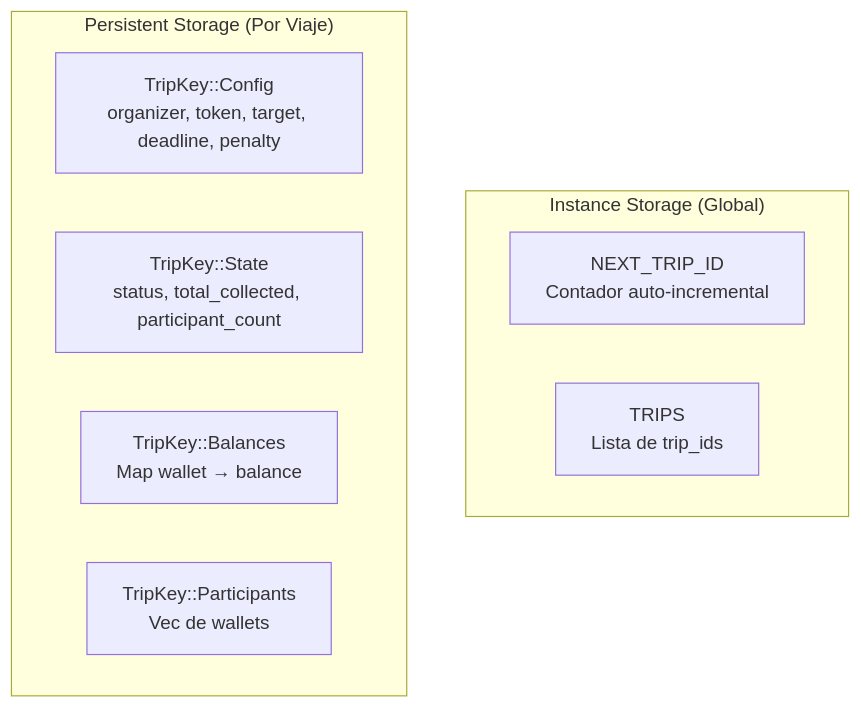
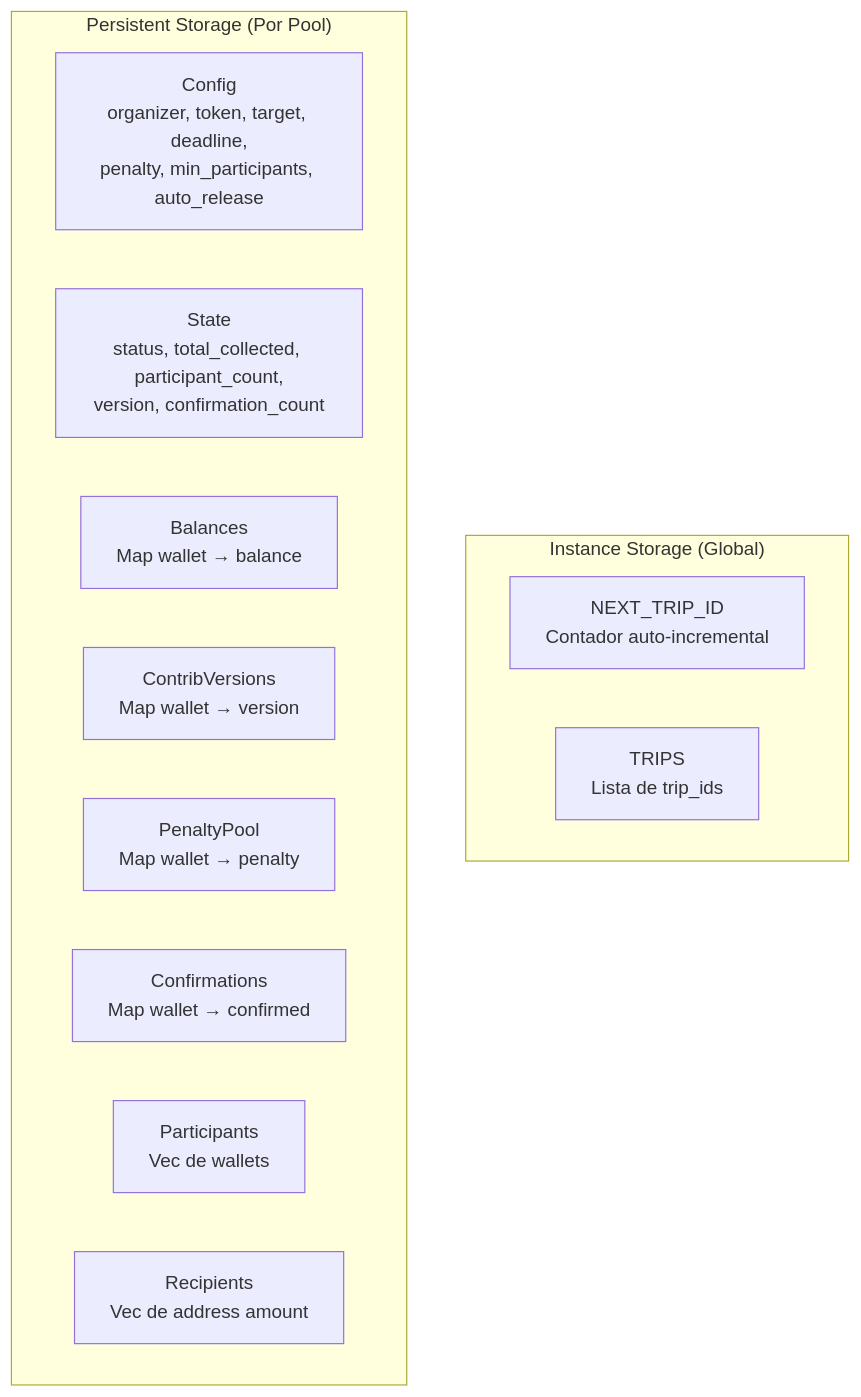
Before and after one commit to CoKeFish/Impacta-Bootcamp: diagram 12 of 12 in ARCHITECTURE.md, drawn with Mermaid. The commit also changed other lines of this file and 4 other files, not shown here.

````diff
--- a/ARCHITECTURE.md
+++ b/ARCHITECTURE.md
@@ -426,14 +589,18 @@
 ```mermaid
 flowchart TB
     subgraph Instance["Instance Storage (Global)"]
         NID[NEXT_TRIP_ID<br/>Contador auto-incremental]
         TL[TRIPS<br/>Lista de trip_ids]
     end
 
-    subgraph Persistent["Persistent Storage (Por Viaje)"]
-        TC[TripKey::Config<br/>organizer, token, target, deadline, penalty]
-        TS[TripKey::State<br/>status, total_collected, participant_count]
-        TB[TripKey::Balances<br/>Map wallet → balance]
-        TP[TripKey::Participants<br/>Vec de wallets]
+subgraph Persistent["Persistent Storage (Por Pool)"]
+TC[Config<br/>organizer, token, target, deadline,<br/>penalty, min_participants, auto_release]
+TS[State<br/>status, total_collected, participant_count,<br/>version, confirmation_count]
+TB[Balances<br/>Map wallet → balance]
+CV[ContribVersions<br/>Map wallet → version]
+PP[PenaltyPool<br/>Map wallet → penalty]
+CF[Confirmations<br/>Map wallet → confirmed]
+TP[Participants<br/>Vec de wallets]
+TR[Recipients<br/>Vec de address amount]
     end
 ```
````
